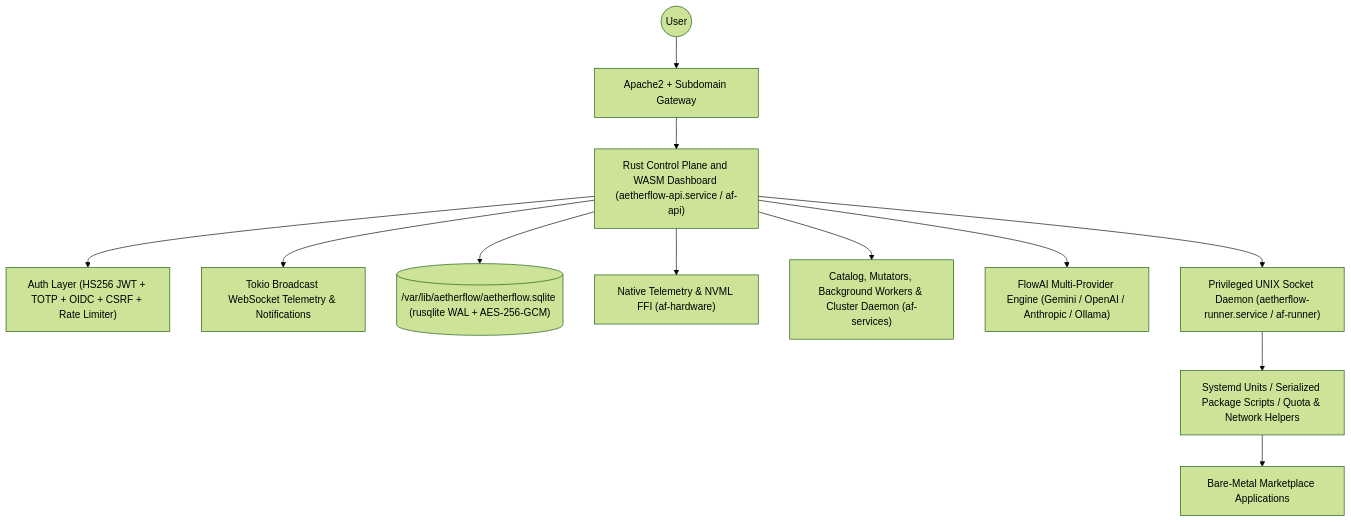
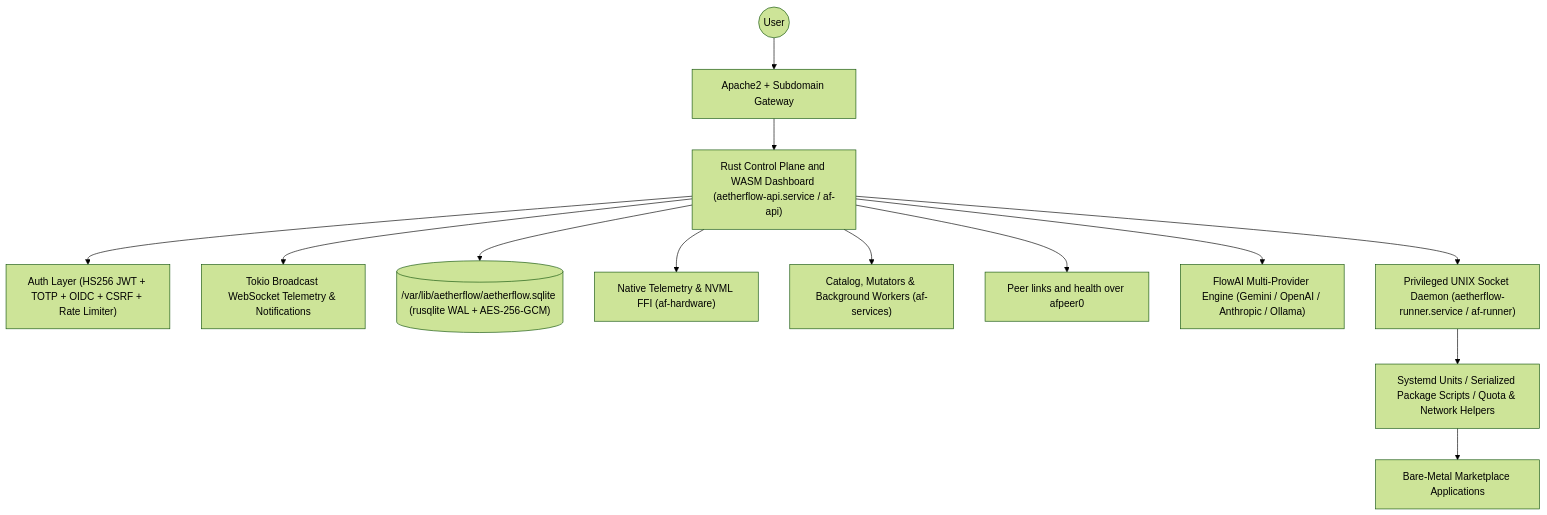
The diagram in docs/architecture.md (McEveritts/AetherFlow), drawn with Mermaid (forest theme) before and after one commit. The commit also changed other lines of this file and 54 other files, not shown here.

````diff
--- a/docs/architecture.md
+++ b/docs/architecture.md
@@ -7,14 +7,15 @@
 ```mermaid
 graph TD
     User((User)) --> Apache["Apache2 + Subdomain Gateway"]
     Apache --> API["Rust Control Plane and WASM Dashboard (aetherflow-api.service / af-api)"]
     API --> Auth["Auth Layer (HS256 JWT + TOTP + OIDC + CSRF + Rate Limiter)"]
     API --> WS["Tokio Broadcast WebSocket Telemetry & Notifications"]
     API --> DB[("/var/lib/aetherflow/aetherflow.sqlite (rusqlite WAL + AES-256-GCM)")]
     API --> HW["Native Telemetry & NVML FFI (af-hardware)"]
-    API --> Services["Catalog, Mutators, Background Workers & Cluster Daemon (af-services)"]
+    API --> Services["Catalog, Mutators & Background Workers (af-services)"]
+    API --> Peer["Peer links and health over afpeer0"]
     API --> AI["FlowAI Multi-Provider Engine (Gemini / OpenAI / Anthropic / Ollama)"]
     API --> Runner["Privileged UNIX Socket Daemon (aetherflow-runner.service / af-runner)"]
     Runner --> Sys["Systemd Units / Serialized Package Scripts / Quota & Network Helpers"]
     Sys --> Apps["Bare-Metal Marketplace Applications"]
 ```
````
